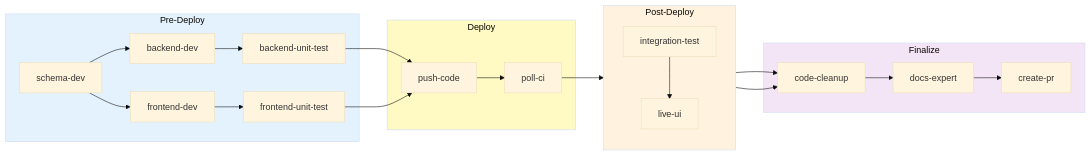
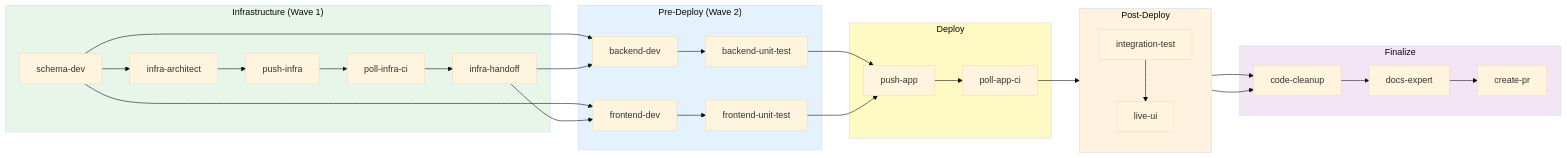
Before and after one commit to RomanKaliupinMelonusa/DAGent-t: the diagram in .github/AGENTIC-WORKFLOW.md, drawn with Mermaid (base theme). The commit also changed other lines of this file and 8 other files, not shown here.

````diff
--- a/.github/AGENTIC-WORKFLOW.md
+++ b/.github/AGENTIC-WORKFLOW.md
@@ -127,31 +127,39 @@
 ```mermaid
 flowchart LR
-    subgraph PRE["Pre-Deploy"]
-        SD["schema-dev"] --> BD["backend-dev"] & FD["frontend-dev"]
+    subgraph INFRA["Infrastructure (Wave 1)"]
+        SD["schema-dev"] --> IA["infra-architect"]
+        IA --> PI["push-infra"] --> PIC["poll-infra-ci"] --> IH["infra-handoff"]
+    end
+
+    subgraph PRE["Pre-Deploy (Wave 2)"]
+        BD["backend-dev"] & FD["frontend-dev"]
         BD --> BUT["backend-unit-test"]
         FD --> FUT["frontend-unit-test"]
     end
 
     subgraph DEP["Deploy"]
-        PC["push-code"] --> PCI["poll-ci"]
+        PA["push-app"] --> PAC["poll-app-ci"]
     end
 
     subgraph POST["Post-Deploy"]
         direction TB
         IT["integration-test"]
         IT --> LU["live-ui"]
     end
 
     subgraph FIN["Finalize"]
         CC["code-cleanup"] --> DE["docs-expert"] --> PR["create-pr"]
     end
 
-    BUT & FUT --> PC
-    PCI --> IT
+    SD --> BD & FD
+    IH --> BD & FD
+    BUT & FUT --> PA
+    PAC --> IT
     IT & LU --> CC
 
+    style INFRA fill:#e8f5e9
     style PRE fill:#e3f2fd
     style DEP fill:#fff9c4
     style POST fill:#fff3e0
     style FIN fill:#f3e5f5
 ```
````
